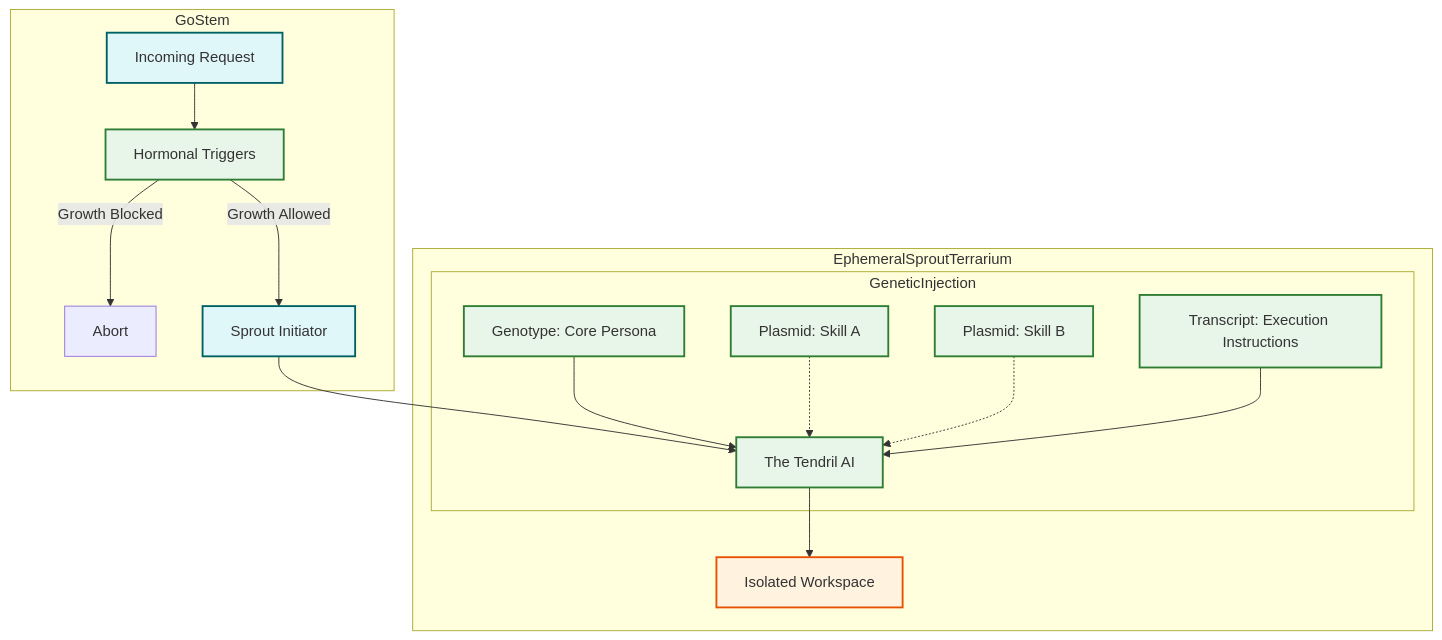
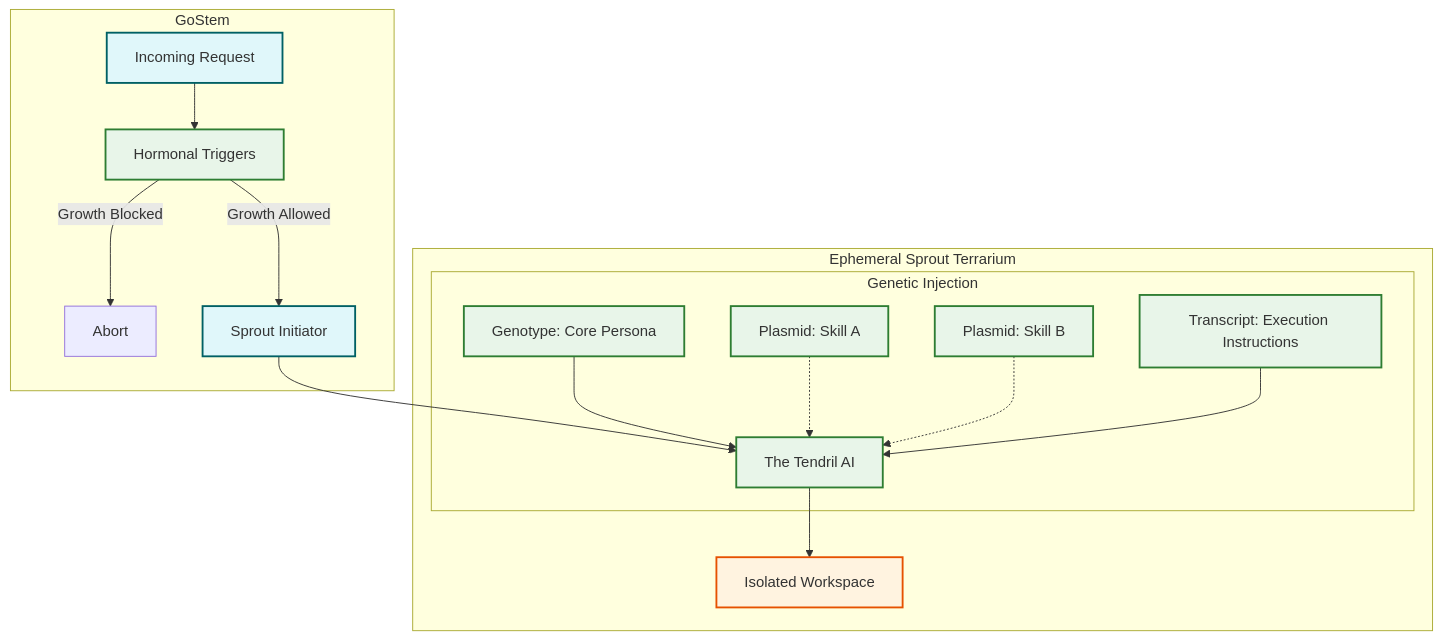
The second of 2 diagrams in SYNTHETIC-TAXONOMY.md (opentendril/core), drawn with Mermaid before and after one commit.

Commit message:
Fixed diagram (#137)

````diff
--- a/SYNTHETIC-TAXONOMY.md
+++ b/SYNTHETIC-TAXONOMY.md
@@ -126,29 +126,29 @@
 ```mermaid
 graph TD
-    subgraph GoStem
+    subgraph GoStem ["GoStem"]
         API[Incoming Request] --> HT[Hormonal Triggers]
         HT -- Growth Blocked --> Abort
         HT -- Growth Allowed --> OS[Sprout Initiator]
     end
 
-    subgraph EphemeralSproutTerrarium
+    subgraph EphemeralSproutTerrarium ["Ephemeral Sprout Terrarium"]
         OS --> T[The Tendril AI]
         
-        subgraph GeneticInjection
+        subgraph GeneticInjection ["Genetic Injection"]
             G[Genotype: Core Persona] --> T
             P1[Plasmid: Skill A] -.-> T
             P2[Plasmid: Skill B] -.-> T
             TR[Transcript: Execution Instructions] --> T
         end
         
         T --> Env[Isolated Workspace]
     end
 
     classDef biological fill:#e8f5e9,stroke:#2e7d32,stroke-width:2px;
     classDef stem fill:#e0f7fa,stroke:#006064,stroke-width:2px;
     classDef sprout fill:#fff3e0,stroke:#e65100,stroke-width:2px;
     
     class G,P1,P2,TR,HT,T biological;
     class API,OS stem;
     class Env sprout;
 ```
````
